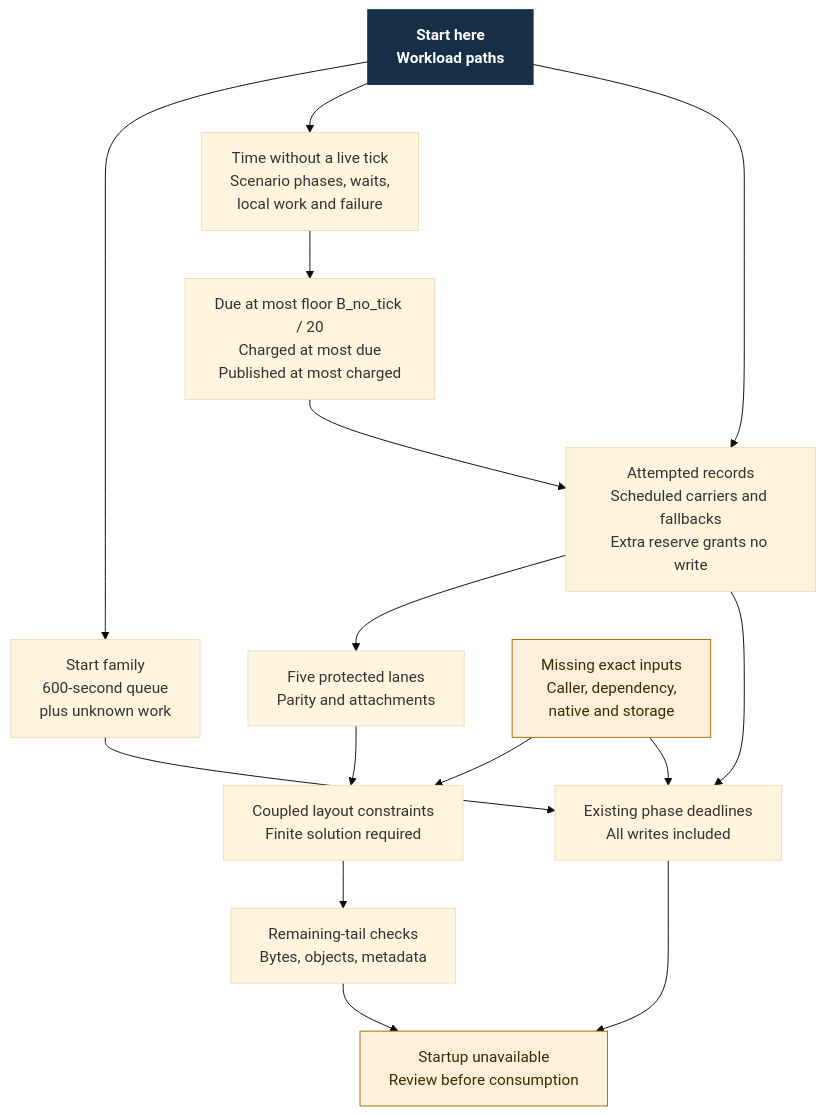
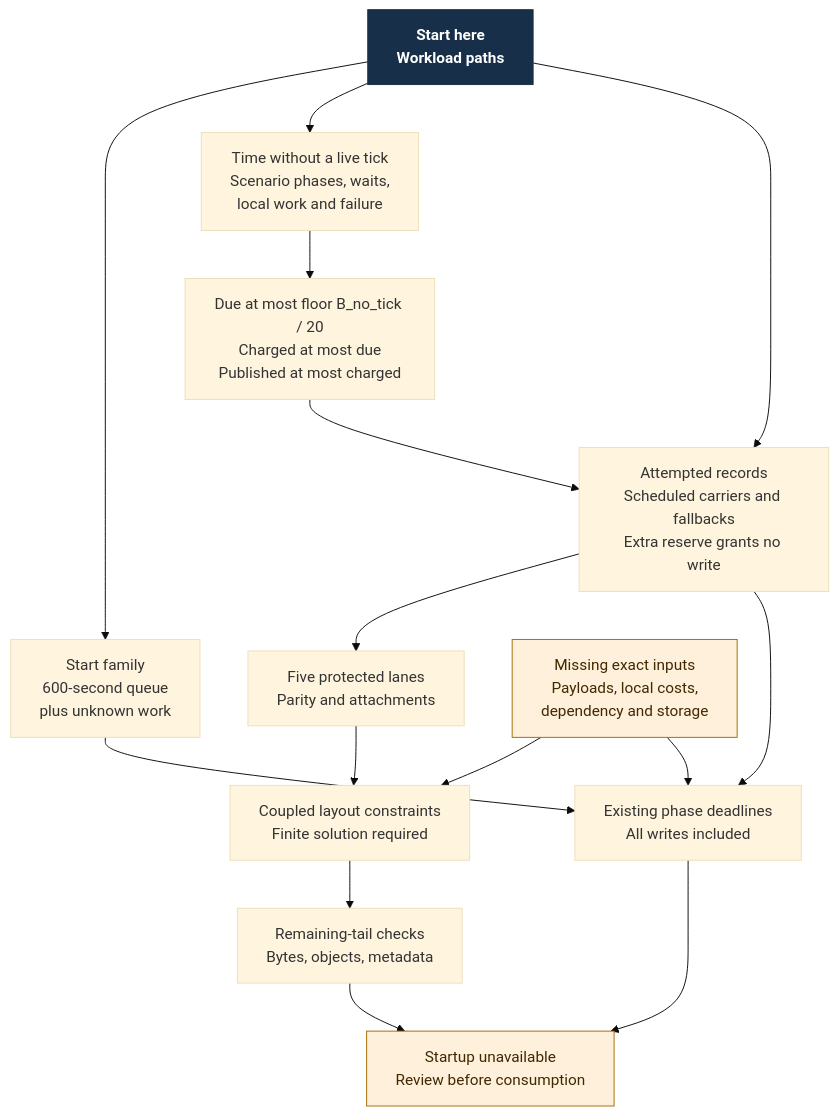
One commit to Linkuistics/Koine changed the diagram in docs/design/architecture/settings-activation/keepalive-accounting.mmd. Above: the diagram before and after it, drawn with Mermaid (base theme). The commit also changed 15 other files, not shown here.

```diff
--- a/docs/design/architecture/settings-activation/keepalive-accounting.mmd
+++ b/docs/design/architecture/settings-activation/keepalive-accounting.mmd
@@ -1,28 +1,28 @@
 flowchart TD
   start["Start here<br/>Workload paths"]:::start
   stages["Start family<br/>600-second queue<br/>plus unknown work"]
   active["Time without a live tick<br/>Scenario phases, waits,<br/>local work and failure"]
   ticks["Due at most floor B_no_tick / 20<br/>Charged at most due<br/>Published at most charged"]
   records["Attempted records<br/>Scheduled carriers and fallbacks<br/>Extra reserve grants no write"]
   lanes["Five protected lanes<br/>Parity and attachments"]
   solve["Coupled layout constraints<br/>Finite solution required"]
   capacity["Remaining-tail checks<br/>Bytes, objects, metadata"]
   phase["Existing phase deadlines<br/>All writes included"]
-  missing["Missing exact inputs<br/>Caller, dependency,<br/>native and storage"]:::held
+  missing["Missing exact inputs<br/>Payloads, local costs,<br/>dependency and storage"]:::held
   hold["Startup unavailable<br/>Review before consumption"]:::held
   start --> stages
   start --> active
   active --> ticks
   start --> records
   ticks --> records
   records --> lanes
   lanes --> solve
   solve --> capacity
   stages --> phase
   records --> phase
   missing --> solve
   missing --> phase
   capacity --> hold
   phase --> hold
   classDef start fill:#172f49,color:#fff,stroke:#172f49,font-weight:bold
   classDef held fill:#fff0db,color:#402800,stroke:#a76b00
```
